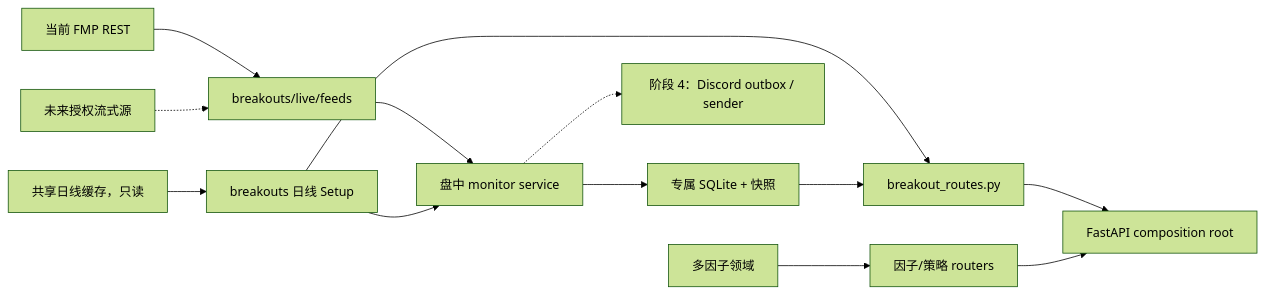
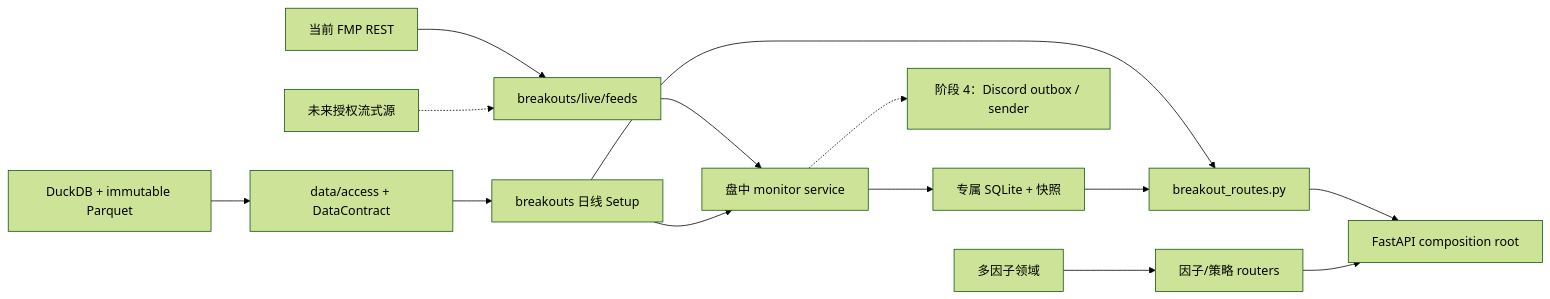
Before and after one commit to Clno1/quant-factor-framework: the second of 2 diagrams in docs/intraday_momentum_monitor_design.md, drawn with Mermaid (forest theme). The commit also changed other lines of this file and 152 other files, not shown here.

````diff
--- a/docs/intraday_momentum_monitor_design.md
+++ b/docs/intraday_momentum_monitor_design.md
@@ -103,17 +105,18 @@
 ```mermaid
 flowchart LR
     FMP["当前 FMP REST"] --> FEED["breakouts/live/feeds"]
     STREAM["未来授权流式源"] -.-> FEED
-    DAILY["共享日线缓存，只读"] --> SETUP["breakouts 日线 Setup"]
+    DAILY["DuckDB + immutable Parquet"] --> CONTRACT["data/access + DataContract"]
+    CONTRACT --> SETUP["breakouts 日线 Setup"]
     FEED --> MONITOR["盘中 monitor service"]
     SETUP --> MONITOR
     MONITOR --> STATE["专属 SQLite + 快照"]
     MONITOR -.-> NOTIFY["阶段 4：Discord outbox / sender"]
 
     SETUP --> BROUTER["breakout_routes.py"]
     STATE --> BROUTER
     BROUTER --> APP["FastAPI composition root"]
 
     FACTOR["多因子领域"] --> FROUTER["因子/策略 routers"]
     FROUTER --> APP
 ```
````
